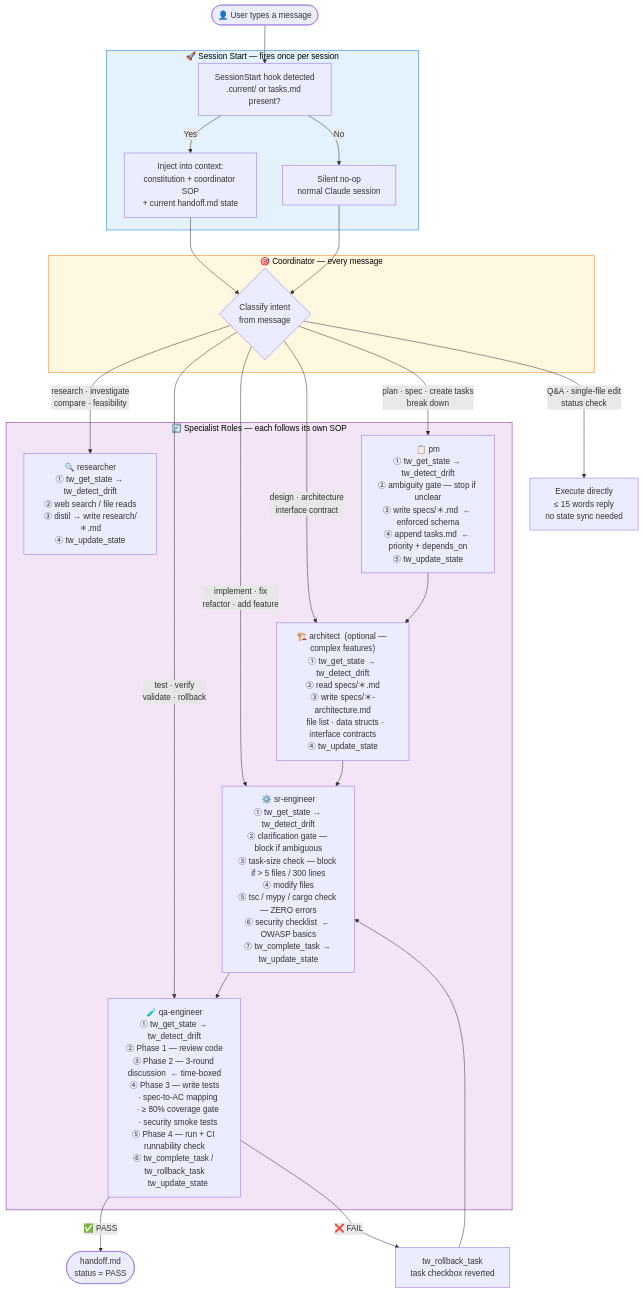
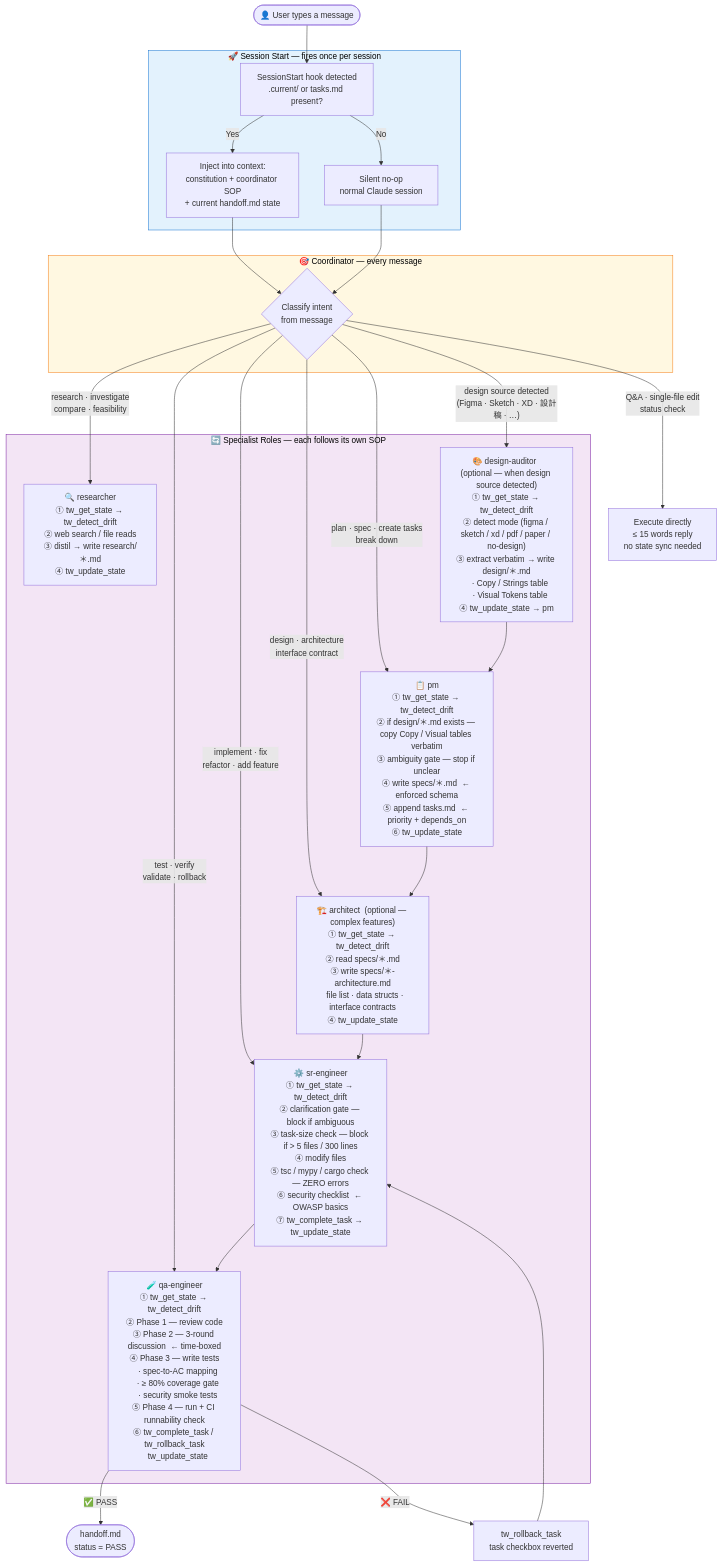
One commit to Paul-hengChen/agent-governance-mcp changed the diagram in README.md. Above: the diagram before and after it, drawn with Mermaid. The commit also changed other lines of this file, not shown here.

First line of the commit message:
docs(readme): document v3.8.0 design-auditor + design-source detection

````diff
--- a/README.md
+++ b/README.md
@@ -488,47 +514,51 @@
 ```mermaid
 flowchart TD
     USER([👤 User types a message]) --> HOOK
 
     subgraph BOOT ["🚀 Session Start — fires once per session"]
         HOOK[SessionStart hook detected\n.current/ or tasks.md present?] -- Yes --> INJECT[Inject into context:\nconstitution + coordinator SOP\n+ current handoff.md state]
         HOOK -- No --> NOOP[Silent no-op\nnormal Claude session]
     end
 
     INJECT --> COORD
     NOOP --> COORD
 
     subgraph ROUTING ["🎯 Coordinator — every message"]
         COORD{Classify intent\nfrom message}
     end
 
     COORD -- "research · investigate\ncompare · feasibility" --> RES
+    COORD -- "design source detected\n(Figma · Sketch · XD · 設計稿 · …)" --> DA
     COORD -- "plan · spec · create tasks\nbreak down" --> PM
     COORD -- "design · architecture\ninterface contract" --> ARCH
     COORD -- "implement · fix\nrefactor · add feature" --> ENG
     COORD -- "test · verify\nvalidate · rollback" --> QA
     COORD -- "Q&A · single-file edit\nstatus check" --> DIRECT["Execute directly\n≤ 15 words reply\nno state sync needed"]
 
     subgraph PIPELINE ["🔄 Specialist Roles — each follows its own SOP"]
         RES["🔍 researcher\n① tw_get_state → tw_detect_drift\n② web search / file reads\n③ distil → write research/＊.md\n④ tw_update_state"]
 
-        PM["📋 pm\n① tw_get_state → tw_detect_drift\n② ambiguity gate — stop if unclear\n③ write specs/＊.md  ← enforced schema\n④ append tasks.md  ← priority + depends_on\n⑤ tw_update_state"]
+        DA["🎨 design-auditor  (optional — when design source detected)\n① tw_get_state → tw_detect_drift\n② detect mode (figma / sketch / xd / pdf / paper / no-design)\n③ extract verbatim → write design/＊.md\n   · Copy / Strings table\n   · Visual Tokens table\n④ tw_update_state → pm"]
+
+        PM["📋 pm\n① tw_get_state → tw_detect_drift\n② if design/＊.md exists — copy Copy / Visual tables verbatim\n③ ambiguity gate — stop if unclear\n④ write specs/＊.md  ← enforced schema\n⑤ append tasks.md  ← priority + depends_on\n⑥ tw_update_state"]
 
         ARCH["🏗️ architect  (optional — complex features)\n① tw_get_state → tw_detect_drift\n② read specs/＊.md\n③ write specs/＊-architecture.md\n   file list · data structs · interface contracts\n④ tw_update_state"]
 
         ENG["⚙️ sr-engineer\n① tw_get_state → tw_detect_drift\n② clarification gate — block if ambiguous\n③ task-size check — block if > 5 files / 300 lines\n④ modify files\n⑤ tsc / mypy / cargo check — ZERO errors\n⑥ security checklist  ← OWASP basics\n⑦ tw_complete_task → tw_update_state"]
 
         QA["🧪 qa-engineer\n① tw_get_state → tw_detect_drift\n② Phase 1 — review code\n③ Phase 2 — 3-round discussion  ← time-boxed\n④ Phase 3 — write tests\n   · spec-to-AC mapping\n   · ≥ 80% coverage gate\n   · security smoke tests\n⑤ Phase 4 — run + CI runnability check\n⑥ tw_complete_task / tw_rollback_task\n   tw_update_state"]
     end
 
+    DA --> PM
     PM --> ARCH
     ARCH --> ENG
     ENG --> QA
 
     QA -- "✅ PASS" --> DONE(["handoff.md\nstatus = PASS"])
     QA -- "❌ FAIL" --> ROLL["tw_rollback_task\ntask checkbox reverted"]
     ROLL --> ENG
 
     style BOOT fill:#e3f2fd,stroke:#1976D2,color:#000
     style ROUTING fill:#fff8e1,stroke:#F57F17,color:#000
     style PIPELINE fill:#f3e5f5,stroke:#7B1FA2,color:#000
 ```
````
